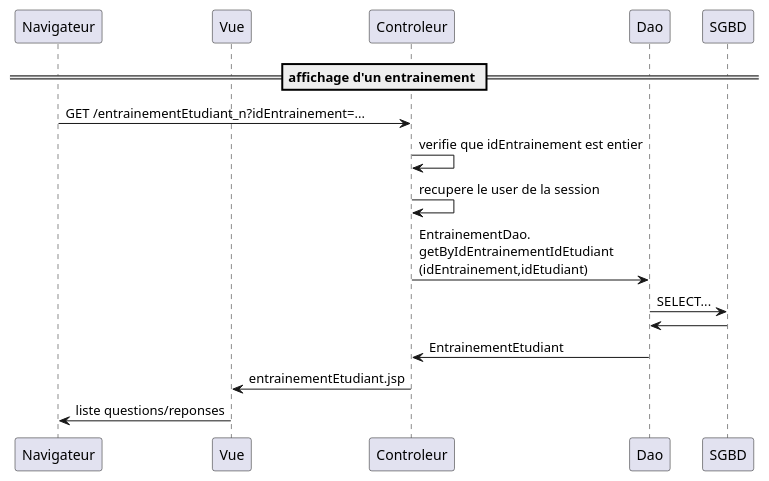
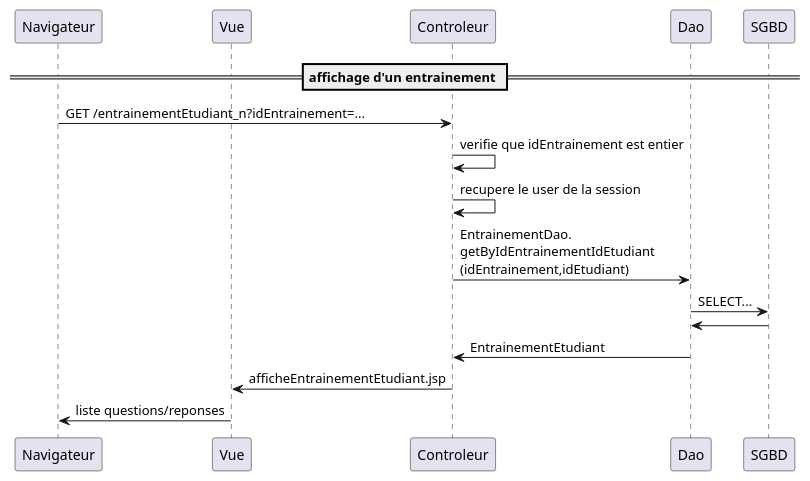
Before and after one commit to michel-plasse/siomassy2021: the diagram in src/main/webapp/doc/afficheEntrainementEtudiant.puml, drawn with PlantUML. The commit also changed 6 other files, not shown here.

First line of the commit message:
Etudiant affiche un entrainement wip2

```diff
--- a/src/main/webapp/doc/afficheEntrainementEtudiant.puml
+++ b/src/main/webapp/doc/afficheEntrainementEtudiant.puml
@@ -1,18 +1,18 @@
 @startuml
 ' par défaut, les couches sont disposées dans l'ordre d'apparition
 ' nous utilison participant pour préciser qu'après Navigateur il y a Vue et non Controleur
 participant Navigateur
 participant Vue
 
 == affichage d'un entrainement ==
 Navigateur -> Controleur: GET /entrainementEtudiant_n?idEntrainement=...
 Controleur -> Controleur: verifie que idEntrainement est entier
 Controleur -> Controleur: recupere le user de la session
 Controleur -> Dao: EntrainementDao.\ngetByIdEntrainementIdEtudiant\n(idEntrainement,idEtudiant)
 Dao -> SGBD: SELECT...
 SGBD -> Dao: 
 Dao -> Controleur: EntrainementEtudiant
-Controleur -> Vue: entrainementEtudiant.jsp
+Controleur -> Vue: afficheEntrainementEtudiant.jsp
 Vue -> Navigateur: liste questions/reponses
 
 @enduml
```
